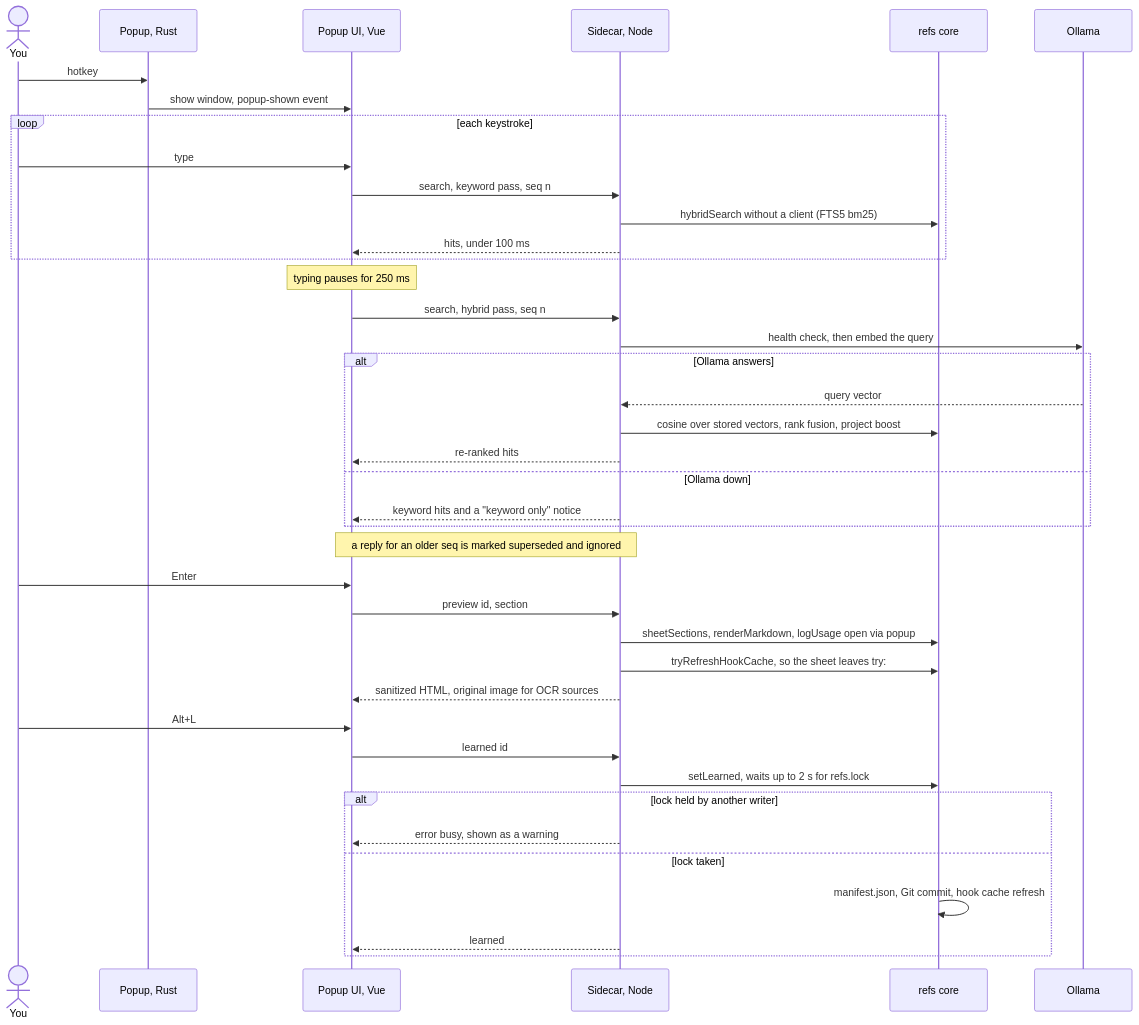
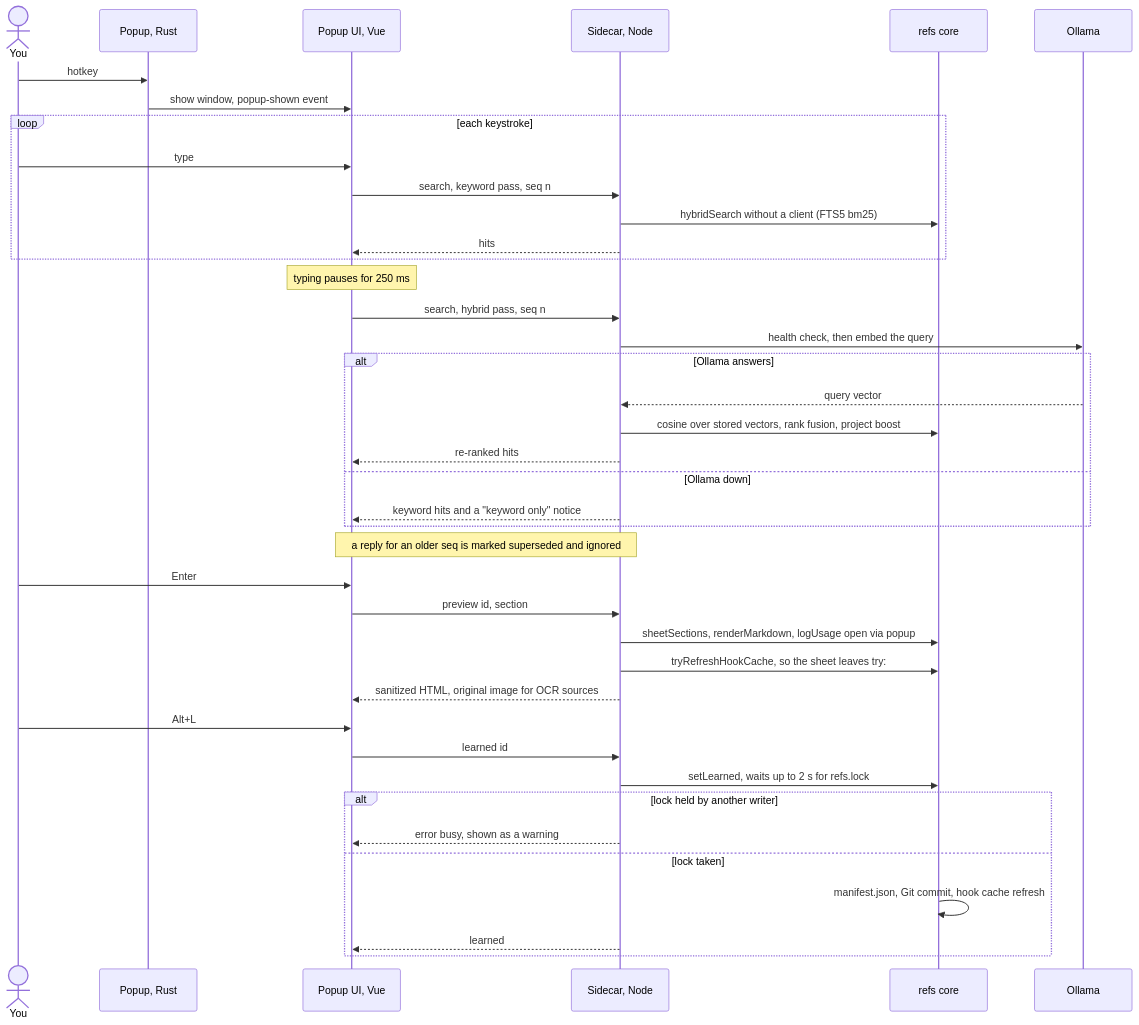
Before and after one commit to cgbot7/Nudge: the third of 5 diagrams in docs/architecture.md, drawn with Mermaid. The commit also changed other lines of this file and 3 other files, not shown here.

First line of the commit message:
Docs: sync README and architecture with the code

````diff
--- a/docs/architecture.md
+++ b/docs/architecture.md
@@ -89,43 +104,43 @@
 ```mermaid
 sequenceDiagram
   actor U as You
   participant R as Popup, Rust
   participant W as Popup UI, Vue
   participant S as Sidecar, Node
   participant C as refs core
   participant O as Ollama
 
   U->>R: hotkey
   R->>W: show window, popup-shown event
   loop each keystroke
     U->>W: type
     W->>S: search, keyword pass, seq n
     S->>C: hybridSearch without a client (FTS5 bm25)
-    S-->>W: hits, under 100 ms
+    S-->>W: hits
   end
   Note over W: typing pauses for 250 ms
   W->>S: search, hybrid pass, seq n
   S->>O: health check, then embed the query
   alt Ollama answers
     O-->>S: query vector
     S->>C: cosine over stored vectors, rank fusion, project boost
     S-->>W: re-ranked hits
   else Ollama down
     S-->>W: keyword hits and a "keyword only" notice
   end
   Note over S,W: a reply for an older seq is marked superseded and ignored
   U->>W: Enter
   W->>S: preview id, section
   S->>C: sheetSections, renderMarkdown, logUsage open via popup
   S->>C: tryRefreshHookCache, so the sheet leaves try:
   S-->>W: sanitized HTML, original image for OCR sources
   U->>W: Alt+L
   W->>S: learned id
   S->>C: setLearned, waits up to 2 s for refs.lock
   alt lock held by another writer
     S-->>W: error busy, shown as a warning
   else lock taken
     C->>C: manifest.json, Git commit, hook cache refresh
     S-->>W: learned
   end
 ```
````
